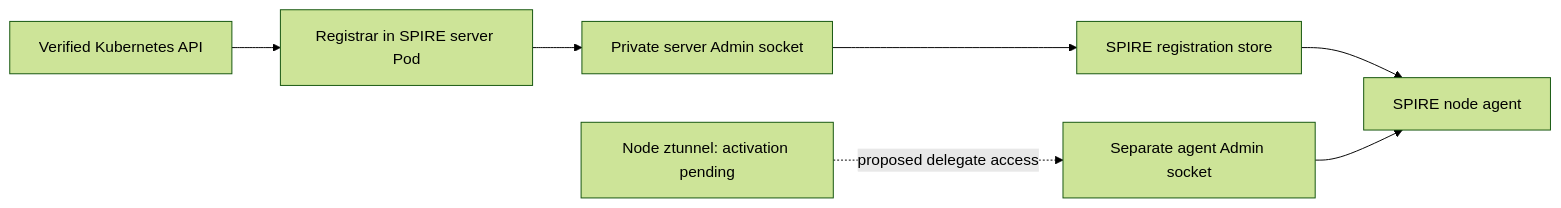
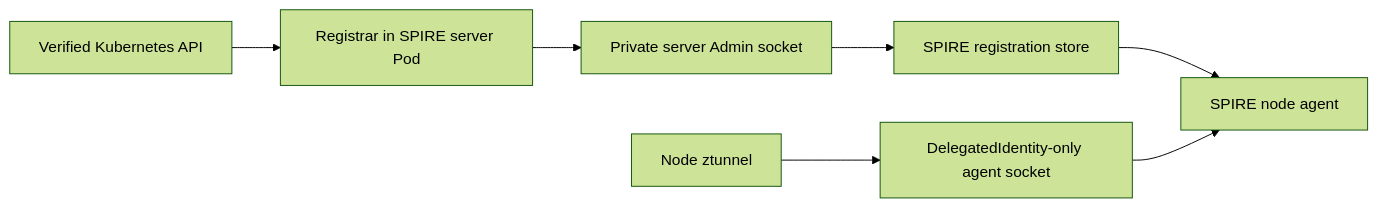
The diagram in LOCAL_SPIRE_REGISTRAR.md (ephico2real2/clustermesh-trust-controller), drawn with Mermaid (forest theme) before and after one commit. The commit also changed other lines of this file and 66 other files, not shown here.

````diff
--- a/LOCAL_SPIRE_REGISTRAR.md
+++ b/LOCAL_SPIRE_REGISTRAR.md
@@ -15,9 +20,9 @@
 ```mermaid
 flowchart LR
   K[Verified Kubernetes API] --> R[Registrar in SPIRE server Pod]
   R --> U[Private server Admin socket]
   U --> S[SPIRE registration store]
   S --> A[SPIRE node agent]
-  Z[Node ztunnel: activation pending] -. proposed delegate access .-> D[Separate agent Admin socket]
+  Z[Node ztunnel] --> D[DelegatedIdentity-only agent socket]
   D --> A
 ```
````
